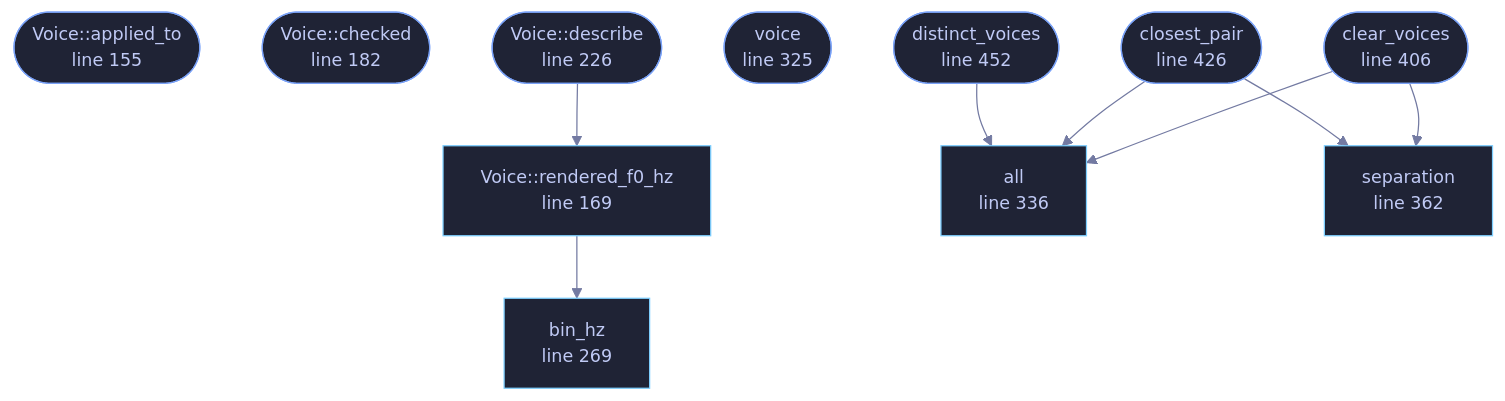
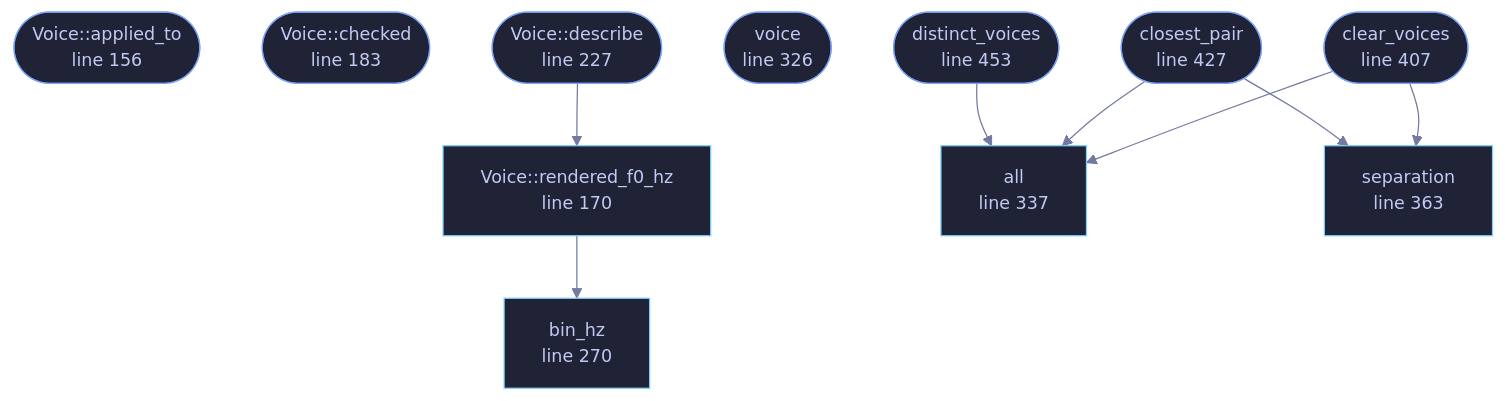
One commit to tilas01/veilvoice changed the diagram in docs/files/veilvoice-core/voices.md. Above: the diagram before and after it, drawn with Mermaid. The commit also changed other lines of this file and 108 other files, not shown here.

````diff
--- a/docs/files/veilvoice-core/voices.md
+++ b/docs/files/veilvoice-core/voices.md
@@ -188,37 +189,37 @@
 ```mermaid
 %%{init: {"theme":"base","themeVariables":{"background":"#1a1b26","primaryColor":"#1f2335","primaryTextColor":"#c0caf5","primaryBorderColor":"#7aa2f7","secondaryColor":"#16161e","tertiaryColor":"#16161e","lineColor":"#737aa2","textColor":"#c0caf5","mainBkg":"#1f2335","nodeBorder":"#7aa2f7","clusterBkg":"#16161e","clusterBorder":"#2f3549","fontFamily":"ui-monospace, SFMono-Regular, Consolas, monospace","fontSize":"14px"}}}%%
 flowchart TD
-    n_applied_to(["Voice::applied_to<br/>line 155"])
-    n_rendered_f0_hz["Voice::rendered_f0_hz<br/>line 169"]
-    n_checked(["Voice::checked<br/>line 182"])
-    n_describe(["Voice::describe<br/>line 226"])
-    n_bin_hz["bin_hz<br/>line 269"]
-    n_voice(["voice<br/>line 325"])
-    n_all["all<br/>line 336"]
-    n_separation["separation<br/>line 362"]
-    n_clear_voices(["clear_voices<br/>line 406"])
-    n_closest_pair(["closest_pair<br/>line 426"])
-    n_distinct_voices(["distinct_voices<br/>line 452"])
+    n_applied_to(["Voice::applied_to<br/>line 156"])
+    n_rendered_f0_hz["Voice::rendered_f0_hz<br/>line 170"]
+    n_checked(["Voice::checked<br/>line 183"])
+    n_describe(["Voice::describe<br/>line 227"])
+    n_bin_hz["bin_hz<br/>line 270"]
+    n_voice(["voice<br/>line 326"])
+    n_all["all<br/>line 337"]
+    n_separation["separation<br/>line 363"]
+    n_clear_voices(["clear_voices<br/>line 407"])
+    n_closest_pair(["closest_pair<br/>line 427"])
+    n_distinct_voices(["distinct_voices<br/>line 453"])
     n_clear_voices --> n_all
     n_clear_voices --> n_separation
     n_closest_pair --> n_all
     n_closest_pair --> n_separation
     n_describe --> n_rendered_f0_hz
     n_distinct_voices --> n_all
     n_rendered_f0_hz --> n_bin_hz
-    click n_applied_to href "https://github.com/tilas01/veilvoice/blob/main/crates/veilvoice-core/src/voices.rs#L155" "open the source"
-    click n_rendered_f0_hz href "https://github.com/tilas01/veilvoice/blob/main/crates/veilvoice-core/src/voices.rs#L169" "open the source"
-    click n_checked href "https://github.com/tilas01/veilvoice/blob/main/crates/veilvoice-core/src/voices.rs#L182" "open the source"
-    click n_describe href "https://github.com/tilas01/veilvoice/blob/main/crates/veilvoice-core/src/voices.rs#L226" "open the source"
-    click n_bin_hz href "https://github.com/tilas01/veilvoice/blob/main/crates/veilvoice-core/src/voices.rs#L269" "open the source"
-    click n_voice href "https://github.com/tilas01/veilvoice/blob/main/crates/veilvoice-core/src/voices.rs#L325" "open the source"
-    click n_all href "https://github.com/tilas01/veilvoice/blob/main/crates/veilvoice-core/src/voices.rs#L336" "open the source"
-    click n_separation href "https://github.com/tilas01/veilvoice/blob/main/crates/veilvoice-core/src/voices.rs#L362" "open the source"
-    click n_clear_voices href "https://github.com/tilas01/veilvoice/blob/main/crates/veilvoice-core/src/voices.rs#L406" "open the source"
-    click n_closest_pair href "https://github.com/tilas01/veilvoice/blob/main/crates/veilvoice-core/src/voices.rs#L426" "open the source"
-    click n_distinct_voices href "https://github.com/tilas01/veilvoice/blob/main/crates/veilvoice-core/src/voices.rs#L452" "open the source"
+    click n_applied_to href "https://github.com/tilas01/veilvoice/blob/main/crates/veilvoice-core/src/voices.rs#L156" "open the source"
+    click n_rendered_f0_hz href "https://github.com/tilas01/veilvoice/blob/main/crates/veilvoice-core/src/voices.rs#L170" "open the source"
+    click n_checked href "https://github.com/tilas01/veilvoice/blob/main/crates/veilvoice-core/src/voices.rs#L183" "open the source"
+    click n_describe href "https://github.com/tilas01/veilvoice/blob/main/crates/veilvoice-core/src/voices.rs#L227" "open the source"
+    click n_bin_hz href "https://github.com/tilas01/veilvoice/blob/main/crates/veilvoice-core/src/voices.rs#L270" "open the source"
+    click n_voice href "https://github.com/tilas01/veilvoice/blob/main/crates/veilvoice-core/src/voices.rs#L326" "open the source"
+    click n_all href "https://github.com/tilas01/veilvoice/blob/main/crates/veilvoice-core/src/voices.rs#L337" "open the source"
+    click n_separation href "https://github.com/tilas01/veilvoice/blob/main/crates/veilvoice-core/src/voices.rs#L363" "open the source"
+    click n_clear_voices href "https://github.com/tilas01/veilvoice/blob/main/crates/veilvoice-core/src/voices.rs#L407" "open the source"
+    click n_closest_pair href "https://github.com/tilas01/veilvoice/blob/main/crates/veilvoice-core/src/voices.rs#L427" "open the source"
+    click n_distinct_voices href "https://github.com/tilas01/veilvoice/blob/main/crates/veilvoice-core/src/voices.rs#L453" "open the source"
     classDef entry fill:#1f2335,stroke:#7aa2f7,color:#c0caf5
     class n_applied_to,n_checked,n_describe,n_voice,n_clear_voices,n_closest_pair,n_distinct_voices entry
     classDef api fill:#1f2335,stroke:#7dcfff,color:#c0caf5
     class n_rendered_f0_hz,n_bin_hz,n_all,n_separation api
 ```
````
